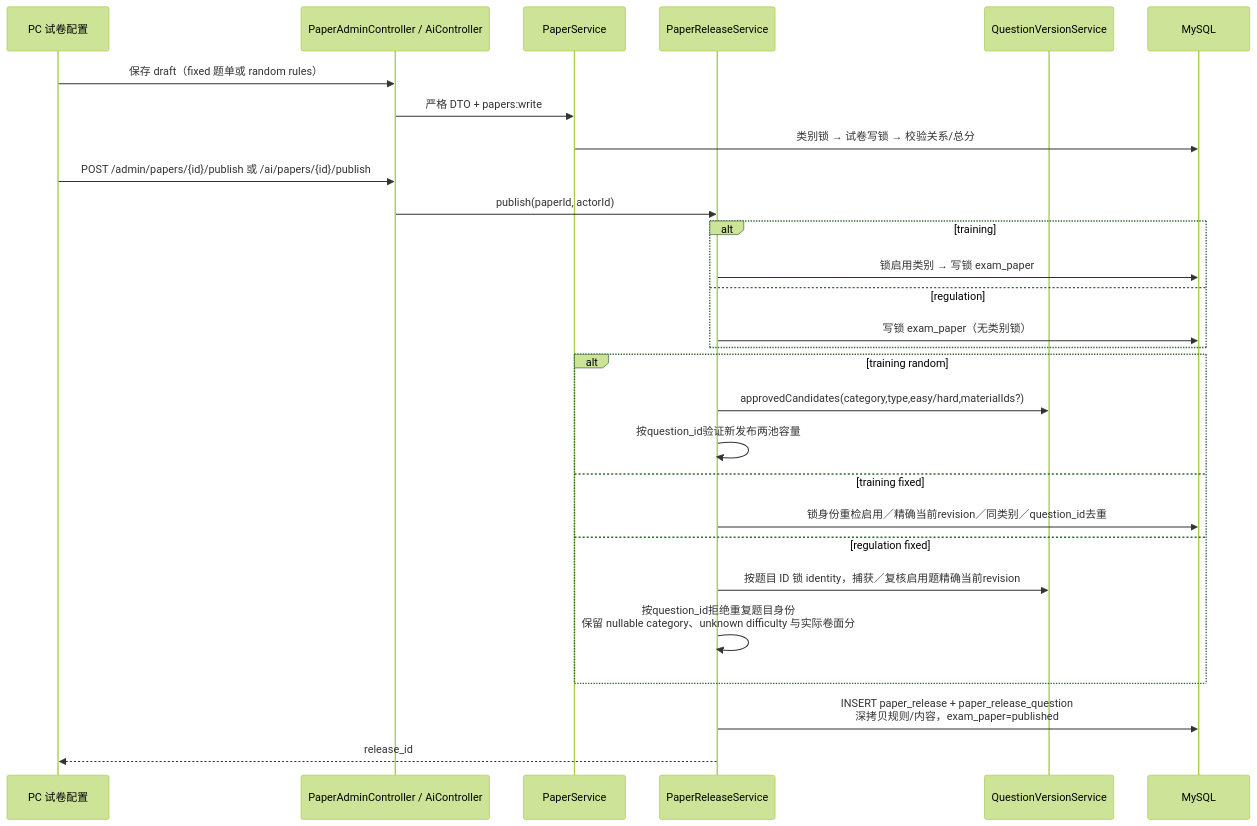
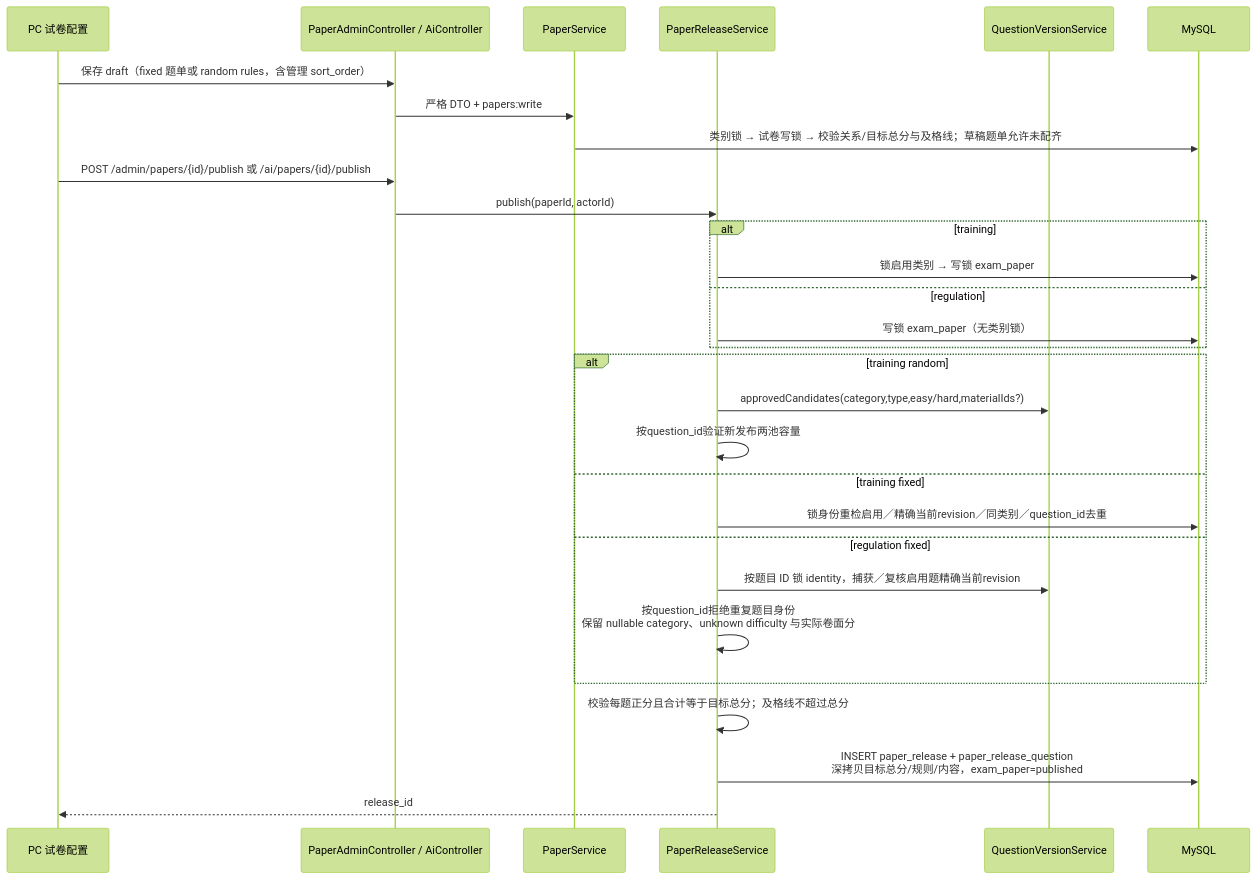
Diagram 15 of 21 in docs/design/06-关键流程.md (caoguanjie/emodor-exam), drawn with Mermaid (forest theme) before and after one commit. The commit also changed other lines of this file and 68 other files, not shown here.

````diff
--- a/docs/design/06-关键流程.md
+++ b/docs/design/06-关键流程.md
@@ -767,31 +773,32 @@
 ```mermaid
 sequenceDiagram
     participant PC as PC 试卷配置
     participant API as PaperAdminController / AiController
     participant P as PaperService
     participant R as PaperReleaseService
     participant Q as QuestionVersionService
     participant DB as MySQL
 
-    PC->>API: 保存 draft（fixed 题单或 random rules）
+    PC->>API: 保存 draft（fixed 题单或 random rules，含管理 sort_order）
     API->>P: 严格 DTO + papers:write
-    P->>DB: 类别锁 → 试卷写锁 → 校验关系/总分
+    P->>DB: 类别锁 → 试卷写锁 → 校验关系/目标总分与及格线；草稿题单允许未配齐
     PC->>API: POST /admin/papers/{id}/publish 或 /ai/papers/{id}/publish
     API->>R: publish(paperId, actorId)
     alt training
         R->>DB: 锁启用类别 → 写锁 exam_paper
     else regulation
         R->>DB: 写锁 exam_paper（无类别锁）
     end
     alt training random
         R->>Q: approvedCandidates(category,type,easy/hard,materialIds?)
         R->>R: 按question_id验证新发布两池容量
     else training fixed
         R->>DB: 锁身份重检启用／精确当前revision／同类别／question_id去重
     else regulation fixed
         R->>Q: 按题目 ID 锁 identity，捕获／复核启用题精确当前revision
         R->>R: 按question_id拒绝重复题目身份<br/>保留 nullable category、unknown difficulty 与实际卷面分
     end
-    R->>DB: INSERT paper_release + paper_release_question<br/>深拷贝规则/内容，exam_paper=published
+    R->>R: 校验每题正分且合计等于目标总分；及格线不超过总分
+    R->>DB: INSERT paper_release + paper_release_question<br/>深拷贝目标总分/规则/内容，exam_paper=published
     R-->>PC: release_id
 ```
````
